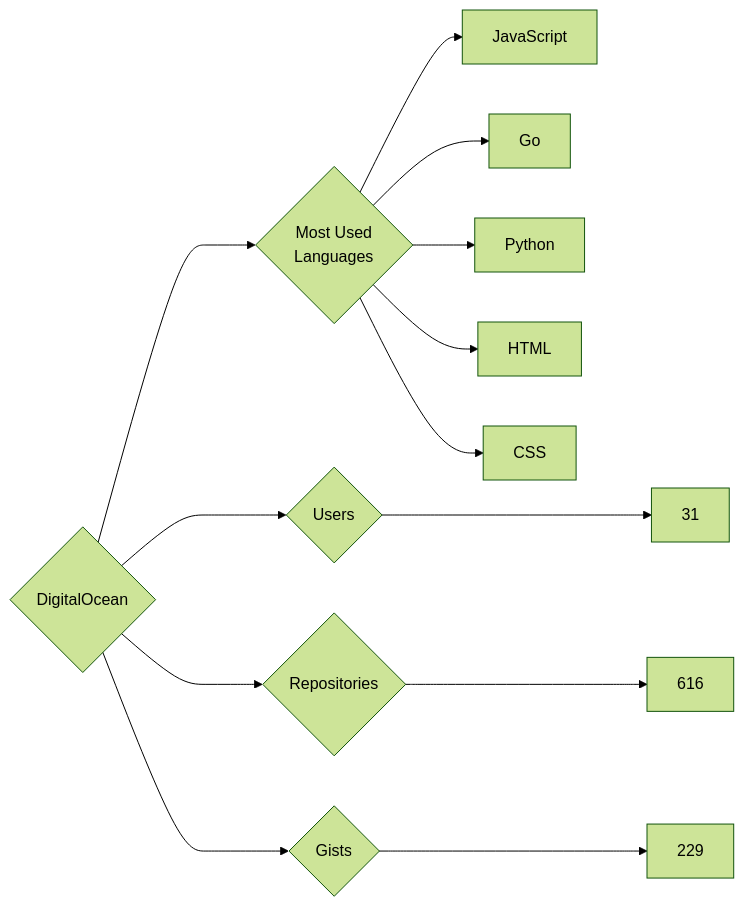
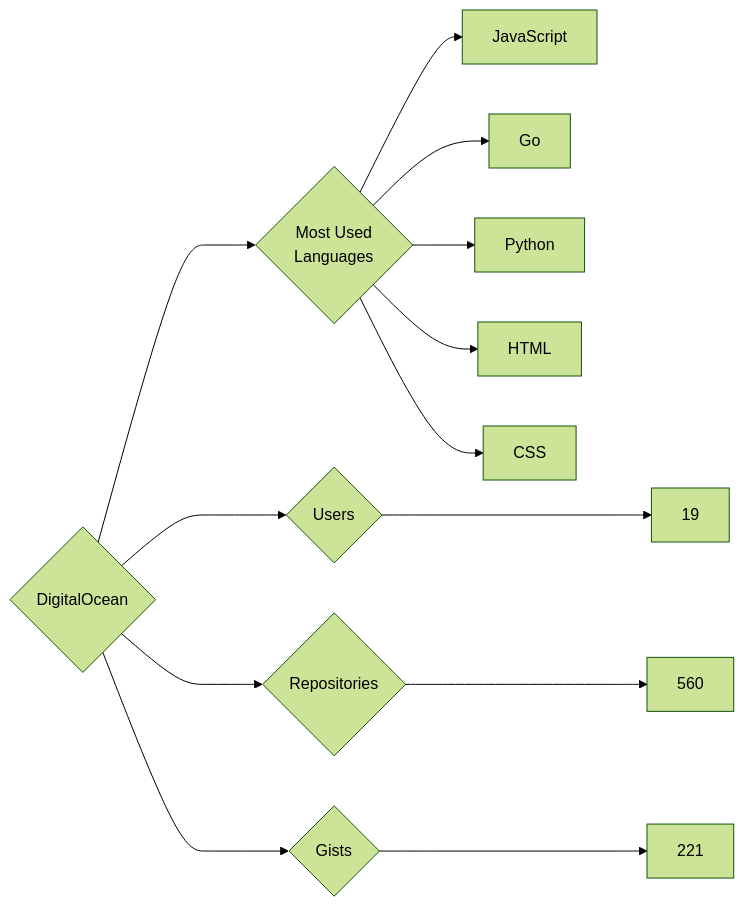
Before and after one commit to trickest/insiders: the diagram in targets/DigitalOcean/README.md, drawn with Mermaid (forest theme). The commit also changed 916 other files, not shown here.

````diff
--- a/targets/DigitalOcean/README.md
+++ b/targets/DigitalOcean/README.md
@@ -3,13 +3,13 @@
 ```mermaid
 graph LR
 COMPANY_NAME{DigitalOcean}
-COMPANY_NAME ---> U{Users} ---> UN[31]
-COMPANY_NAME ---> R{Repositories} ---> RN[616]
-COMPANY_NAME ---> G{Gists} ---> GN[229]
+COMPANY_NAME ---> U{Users} ---> UN[19]
+COMPANY_NAME ---> R{Repositories} ---> RN[560]
+COMPANY_NAME ---> G{Gists} ---> GN[221]
 COMPANY_NAME ---> ML{Most Used<br>Languages}
 ML --> JavaScript[JavaScript]
 ML --> Go[Go]
 ML --> Python[Python]
 ML --> HTML[HTML]
 ML --> CSS[CSS]
 ```
````
